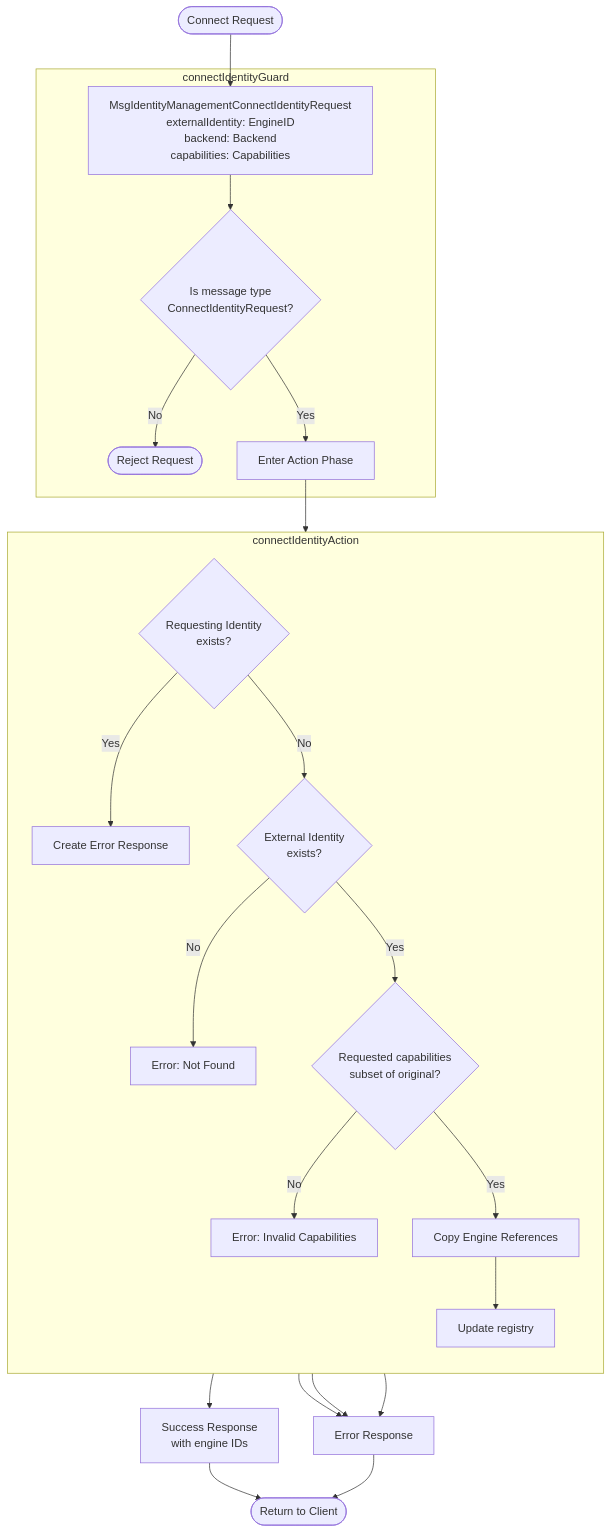
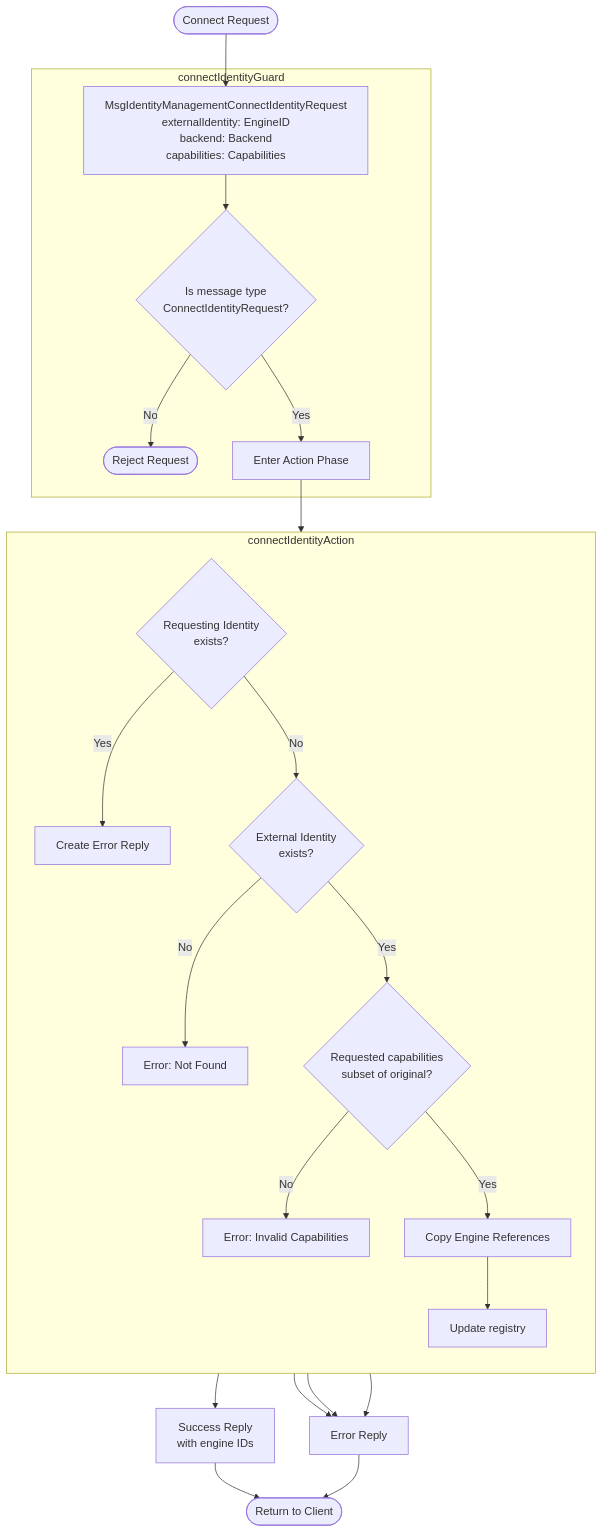
The second of 3 diagrams in docs/arch/node/engines/identity_management_behaviour.juvix.md (anoma/nspec), drawn with Mermaid before and after one commit. The commit also changed other lines of this file and 37 other files, not shown here.

Commit message:
Renamed all instances of "Response" to "Reply" in message interfaces for consistency across commitment, decryption, identity management, and other engines.

````diff
--- a/docs/arch/node/engines/identity_management_behaviour.juvix.md
+++ b/docs/arch/node/engines/identity_management_behaviour.juvix.md
@@ -132,28 +132,28 @@
 ```mermaid
 flowchart TD
     Start([Connect Request]) --> MsgReq[MsgIdentityManagementConnectIdentityRequest<br/>externalIdentity: EngineID<br/>backend: Backend<br/>capabilities: Capabilities]
 
     subgraph Guard["connectIdentityGuard"]
         MsgReq --> ValidType{Is message type<br/>ConnectIdentityRequest?}
         ValidType -->|No| Reject([Reject Request])
         ValidType -->|Yes| ActionEntry[Enter Action Phase]
     end
 
     ActionEntry --> Action
 
     subgraph Action["connectIdentityAction"]
         direction TB
         Check{Requesting Identity<br/>exists?}
-        Check -->|Yes| ErrExists[Create Error Response]
+        Check -->|Yes| ErrExists[Create Error Reply]
         Check -->|No| FindExternal{External Identity<br/>exists?}
         FindExternal -->|No| ErrNotFound[Error: Not Found]
         FindExternal -->|Yes| CheckCaps{Requested capabilities<br/>subset of original?}
         CheckCaps -->|No| ErrCaps[Error: Invalid Capabilities]
         CheckCaps -->|Yes| CopyEngines[Copy Engine References]
         CopyEngines --> UpdateState[Update registry]
     end
 
-    UpdateState --> Response[Success Response<br/>with engine IDs]
-    ErrExists & ErrNotFound & ErrCaps --> ErrResponse[Error Response]
-    Response & ErrResponse --> Client([Return to Client])
+    UpdateState --> Reply[Success Reply<br/>with engine IDs]
+    ErrExists & ErrNotFound & ErrCaps --> ErrReply[Error Reply]
+    Reply & ErrReply --> Client([Return to Client])
 ```
````
